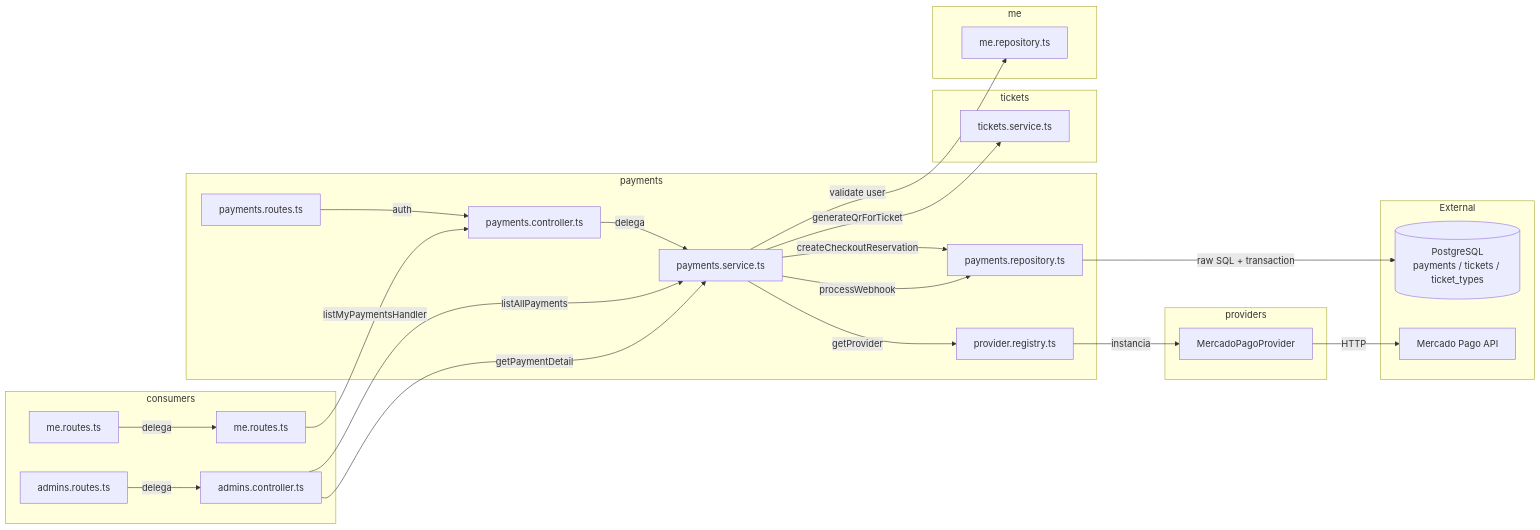
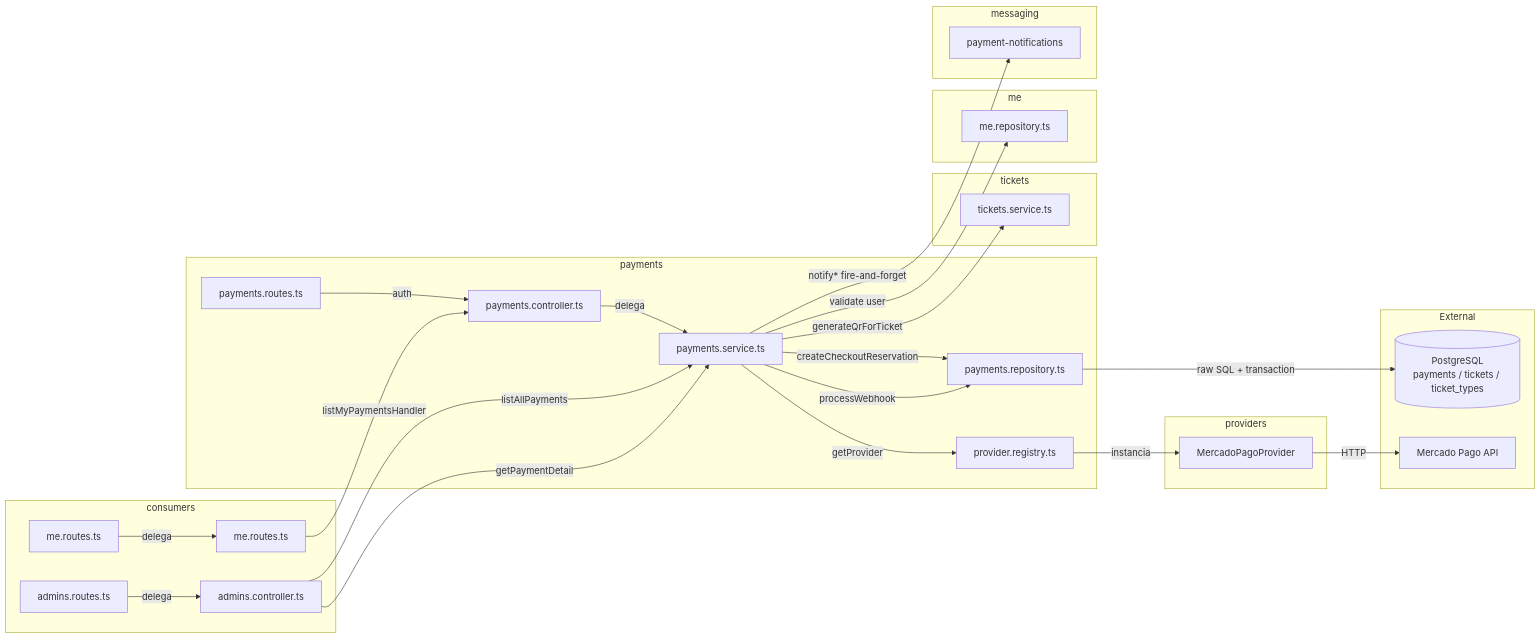
The fourth of 4 diagrams in backend/src/modules/payments/README.md (User281167/venta-de-tickets), drawn with Mermaid before and after one commit. The commit also changed other lines of this file and 4 other files, not shown here.

````diff
--- a/backend/src/modules/payments/README.md
+++ b/backend/src/modules/payments/README.md
@@ -196,55 +227,60 @@
 ```mermaid
 graph LR
     subgraph payments
         R[payments.routes.ts]
         C[payments.controller.ts]
         S[payments.service.ts]
         Repo[payments.repository.ts]
         Reg[provider.registry.ts]
     end
 
     subgraph providers
         MP[MercadoPagoProvider]
     end
 
     subgraph consumers
         R2[admins.routes.ts]
         ADM[admins.controller.ts]
         R3[me.routes.ts]
         ME[me.routes.ts]
     end
 
     subgraph tickets
         TS[tickets.service.ts]
     end
 
     subgraph me
         MR[me.repository.ts]
     end
 
+    subgraph messaging
+        NOT[payment-notifications]
+    end
+
     subgraph External
         DB[(PostgreSQL<br/>payments / tickets / ticket_types)]
         API_MP[Mercado Pago API]
     end
 
     R -->|auth| C
     R2 -->|delega| ADM
     R3 -->|delega| ME
 
     C -->|delega| S
 
     S -->|createCheckoutReservation| Repo
     S -->|processWebhook| Repo
     S -->|getProvider| Reg
     Reg -->|instancia| MP
     MP -->|HTTP| API_MP
 
     S -->|validate user| MR
     S -->|generateQrForTicket| TS
+    S -->|notify* fire-and-forget| NOT
 
     Repo -->|raw SQL + transaction| DB
 
     ADM -->|listAllPayments| S
     ADM -->|getPaymentDetail| S
     ME -->|listMyPaymentsHandler| C
 ```
````
